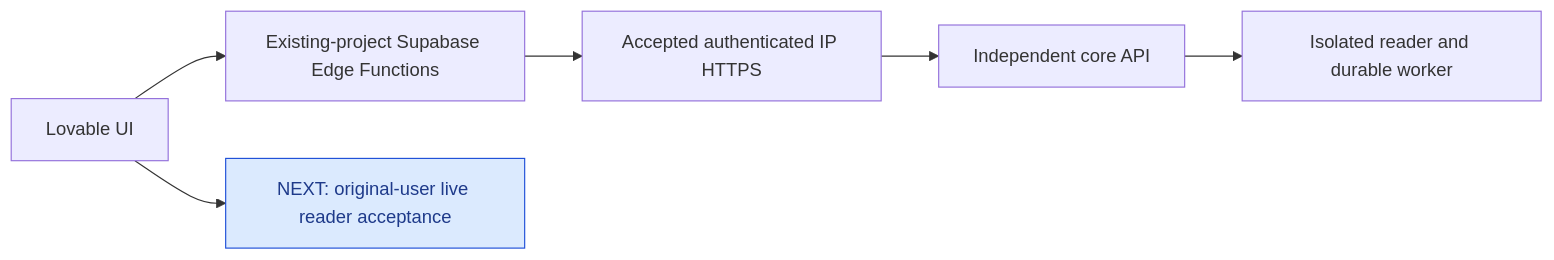
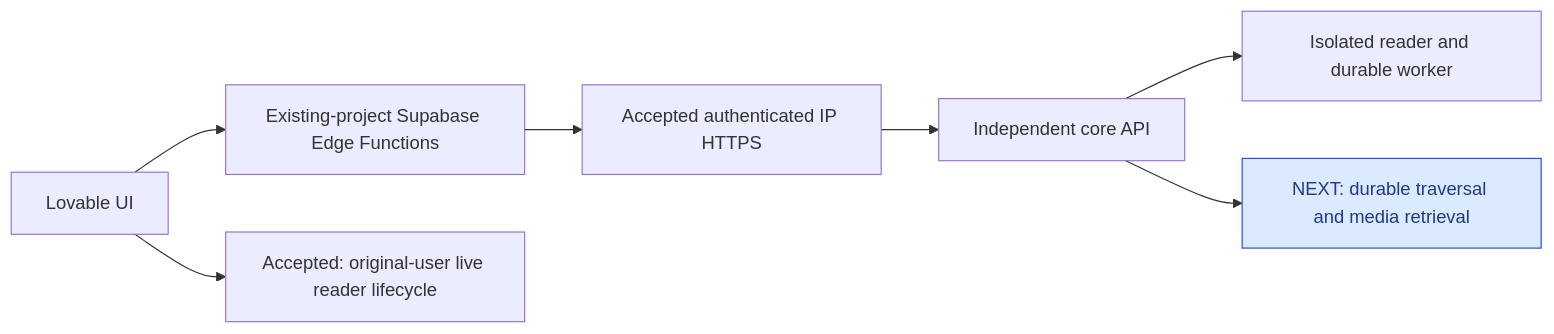
Before and after one commit to jvelezc/ai-screen-reader: the diagram in docs/next-edge-to-core-connection.md, drawn with Mermaid. The commit also changed other lines of this file and 2 other files, not shown here.

Commit message:
Record original-user notebook reader acceptance and durable evidence next

````diff
--- a/docs/next-edge-to-core-connection.md
+++ b/docs/next-edge-to-core-connection.md
@@ -10,10 +10,11 @@
 ```mermaid
 flowchart LR
     UI[Lovable UI] --> Edge[Existing-project Supabase Edge Functions]
     Edge --> Path[Accepted authenticated IP HTTPS]
     Path --> Core[Independent core API]
     Core --> Worker[Isolated reader and durable worker]
-    UI --> Acceptance[NEXT: original-user live reader acceptance]
+    UI --> Acceptance[Accepted: original-user live reader lifecycle]
+    Core --> Durable[NEXT: durable traversal and media retrieval]
     classDef next fill:#dbeafe,stroke:#1d4ed8,color:#1e3a8a
-    class Acceptance next
+    class Durable next
 ```
````
